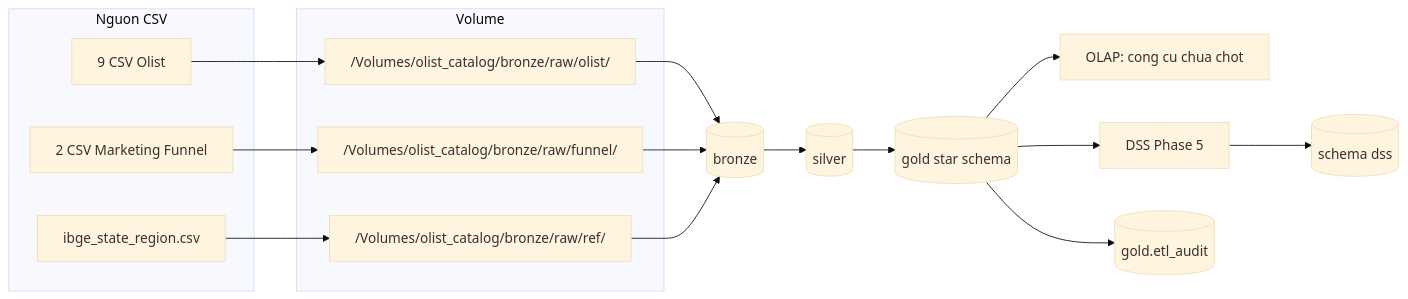
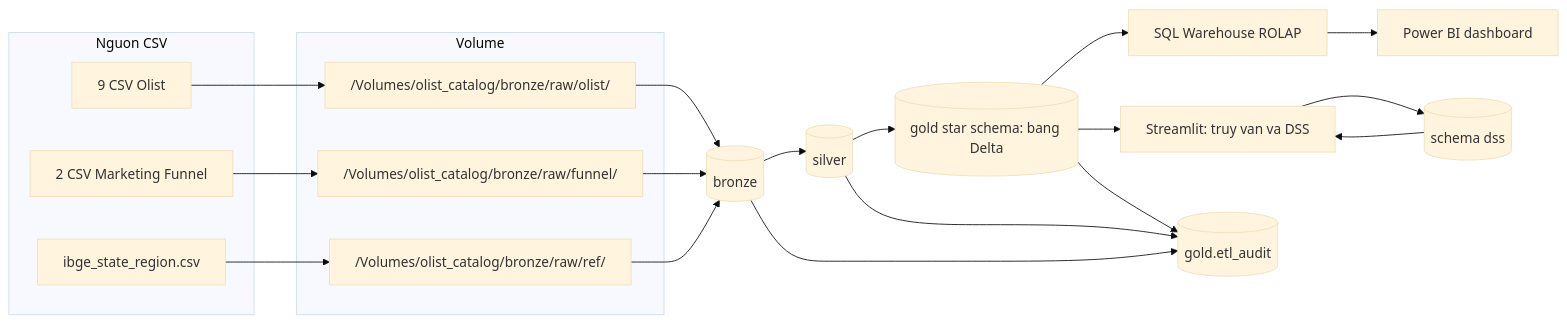
The first of 3 diagrams in docs/DESIGN.md (toann1405/olist-dw-dss), drawn with Mermaid (base theme) before and after one commit. The commit also changed other lines of this file and 11 other files, not shown here.

Commit message:
docs: simplify load strategy (full load bronze/silver, merge gold)

````diff
--- a/docs/DESIGN.md
+++ b/docs/DESIGN.md
@@ -19,25 +40,29 @@
 ```mermaid
 flowchart LR
   subgraph src [Nguon CSV]
     olist[9 CSV Olist]
     funnel[2 CSV Marketing Funnel]
     ibge[ibge_state_region.csv]
   end
   subgraph vol [Volume]
     vOlist["/Volumes/olist_catalog/bronze/raw/olist/"]
     vFunnel["/Volumes/olist_catalog/bronze/raw/funnel/"]
     vRef["/Volumes/olist_catalog/bronze/raw/ref/"]
   end
   olist --> vOlist
   funnel --> vFunnel
   ibge --> vRef
   vOlist --> bronze[(bronze)]
   vFunnel --> bronze
   vRef --> bronze
   bronze --> silver[(silver)]
-  silver --> gold[(gold star schema)]
-  gold --> olap[OLAP: cong cu chua chot]
-  gold --> dss[DSS Phase 5]
+  silver --> gold[(gold star schema: bang Delta)]
+  gold --> wh[SQL Warehouse ROLAP]
+  wh --> pbi[Power BI dashboard]
+  gold --> dss[Streamlit: truy van va DSS]
   dss --> dssSchema[(schema dss)]
+  dssSchema --> dss
   gold --> audit[(gold.etl_audit)]
+  silver --> audit
+  bronze --> audit
 ```
````
